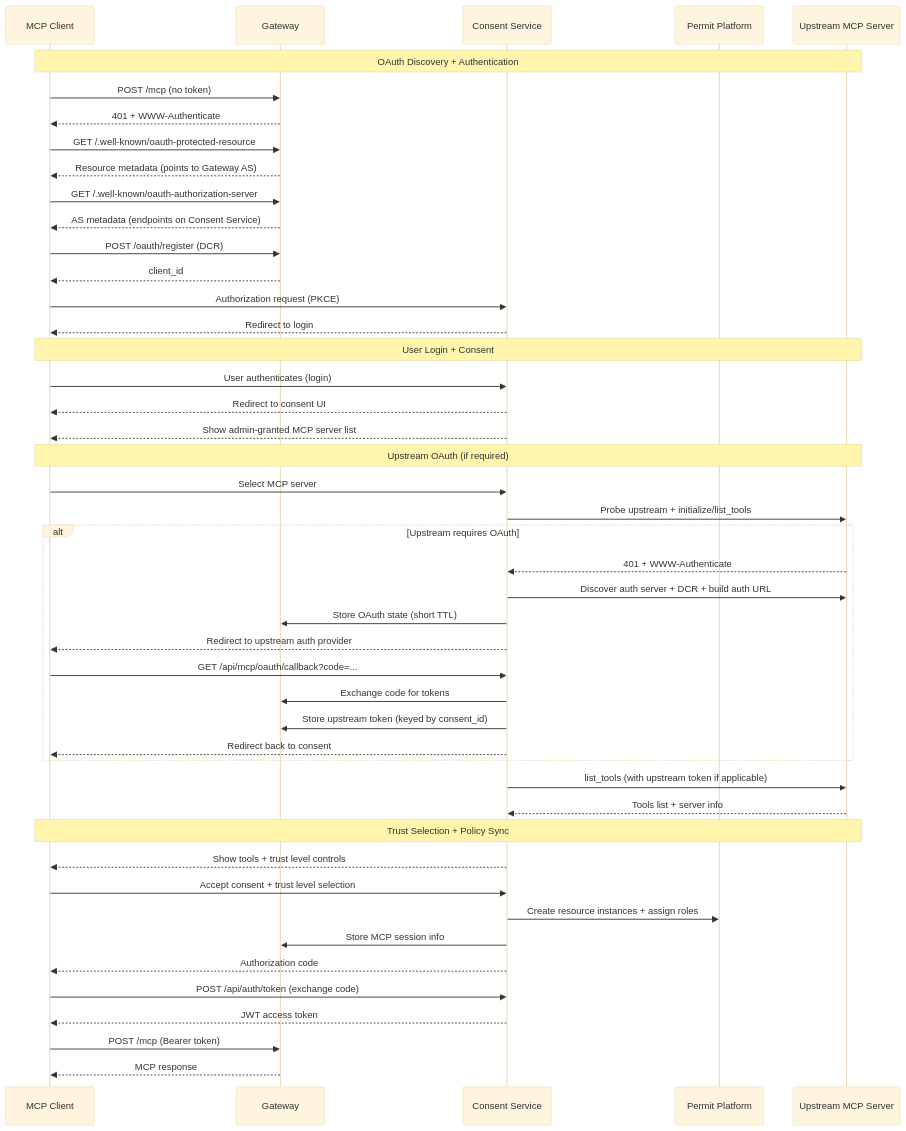
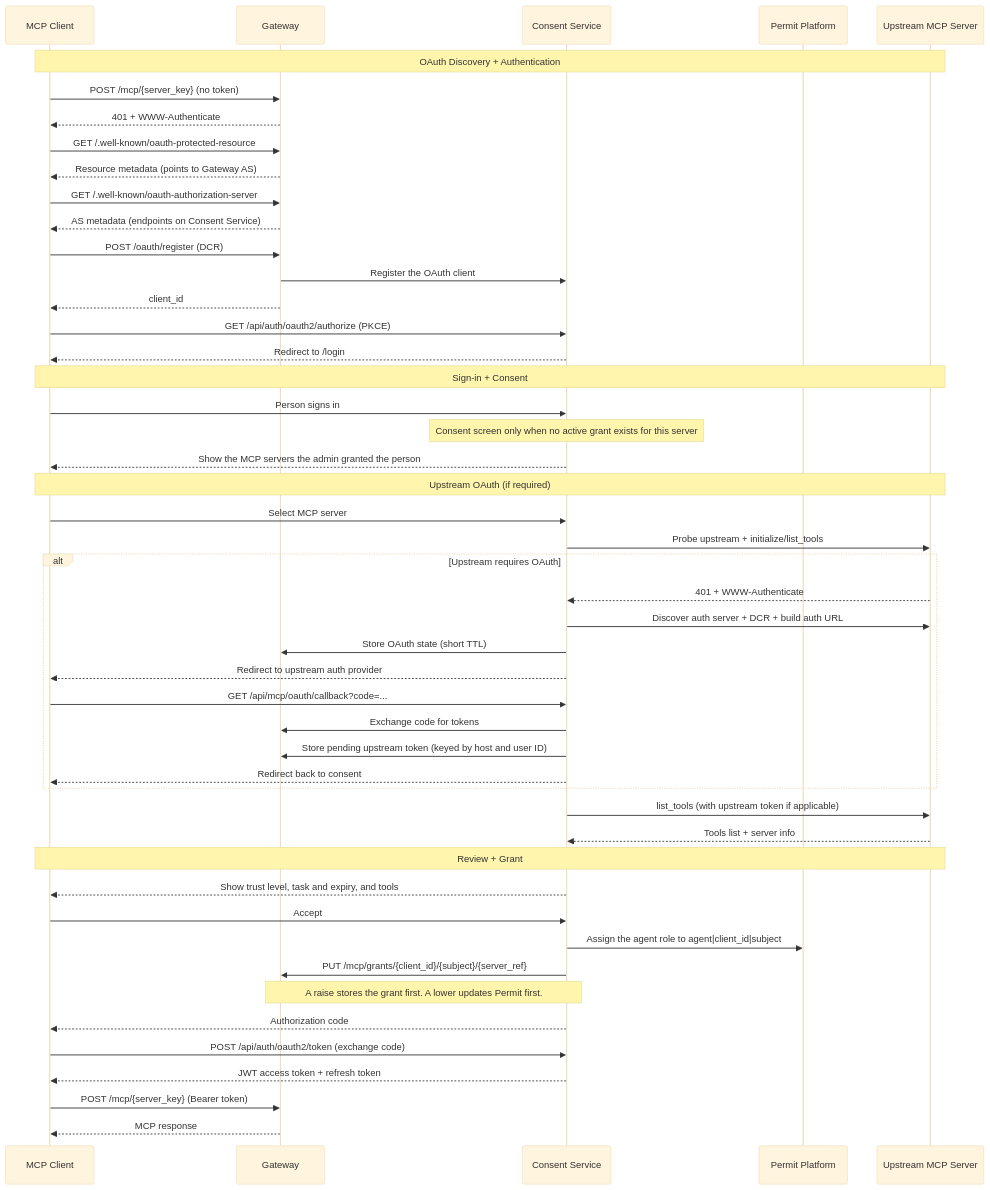
Before and after one commit to permitio/docs: the fifth of 8 diagrams in docs/permit-mcp-gateway/architecture.mdx, drawn with Mermaid (base theme). The commit also changed other lines of this file and 126 other files, not shown here.

First line of the commit message:
PER-19035: docs(mcp-gateway): refresh the Permit MCP Gateway docs and screenshots against production

````diff
--- a/docs/permit-mcp-gateway/architecture.mdx
+++ b/docs/permit-mcp-gateway/architecture.mdx
@@ -281,52 +312,54 @@
 ```mermaid
 sequenceDiagram
     participant C as MCP Client
     participant GW as Gateway
     participant CS as Consent Service
     participant PermitAPI as Permit Platform
     participant Up as Upstream MCP Server
 
     Note over C,Up: OAuth Discovery + Authentication
-    C->>GW: POST /mcp (no token)
+    C->>GW: POST /mcp/{server_key} (no token)
     GW-->>C: 401 + WWW-Authenticate
     C->>GW: GET /.well-known/oauth-protected-resource
     GW-->>C: Resource metadata (points to Gateway AS)
     C->>GW: GET /.well-known/oauth-authorization-server
     GW-->>C: AS metadata (endpoints on Consent Service)
     C->>GW: POST /oauth/register (DCR)
+    GW->>CS: Register the OAuth client
     GW-->>C: client_id
-    C->>CS: Authorization request (PKCE)
-    CS-->>C: Redirect to login
+    C->>CS: GET /api/auth/oauth2/authorize (PKCE)
+    CS-->>C: Redirect to /login
 
-    Note over C,Up: User Login + Consent
-    C->>CS: User authenticates (login)
-    CS-->>C: Redirect to consent UI
-    CS-->>C: Show admin-granted MCP server list
+    Note over C,Up: Sign-in + Consent
+    C->>CS: Person signs in
+    Note over CS: Consent screen only when no active grant exists for this server
+    CS-->>C: Show the MCP servers the admin granted the person
 
     Note over C,Up: Upstream OAuth (if required)
     C->>CS: Select MCP server
     CS->>Up: Probe upstream + initialize/list_tools
     alt Upstream requires OAuth
         Up-->>CS: 401 + WWW-Authenticate
         CS->>Up: Discover auth server + DCR + build auth URL
         CS->>GW: Store OAuth state (short TTL)
         CS-->>C: Redirect to upstream auth provider
         C->>CS: GET /api/mcp/oauth/callback?code=...
         CS->>GW: Exchange code for tokens
-        CS->>GW: Store upstream token (keyed by consent_id)
+        CS->>GW: Store pending upstream token (keyed by host and user ID)
         CS-->>C: Redirect back to consent
     end
     CS->>Up: list_tools (with upstream token if applicable)
     Up-->>CS: Tools list + server info
 
-    Note over C,Up: Trust Selection + Policy Sync
-    CS-->>C: Show tools + trust level controls
-    C->>CS: Accept consent + trust level selection
-    CS->>PermitAPI: Create resource instances + assign roles
-    CS->>GW: Store MCP session info
+    Note over C,Up: Review + Grant
+    CS-->>C: Show trust level, task and expiry, and tools
+    C->>CS: Accept
+    CS->>PermitAPI: Assign the agent role to agent|client_id|subject
+    CS->>GW: PUT /mcp/grants/{client_id}/{subject}/{server_ref}
+    Note over CS,GW: A raise stores the grant first. A lower updates Permit first.
     CS-->>C: Authorization code
-    C->>CS: POST /api/auth/token (exchange code)
-    CS-->>C: JWT access token
-    C->>GW: POST /mcp (Bearer token)
+    C->>CS: POST /api/auth/oauth2/token (exchange code)
+    CS-->>C: JWT access token + refresh token
+    C->>GW: POST /mcp/{server_key} (Bearer token)
     GW-->>C: MCP response
 ```
````
